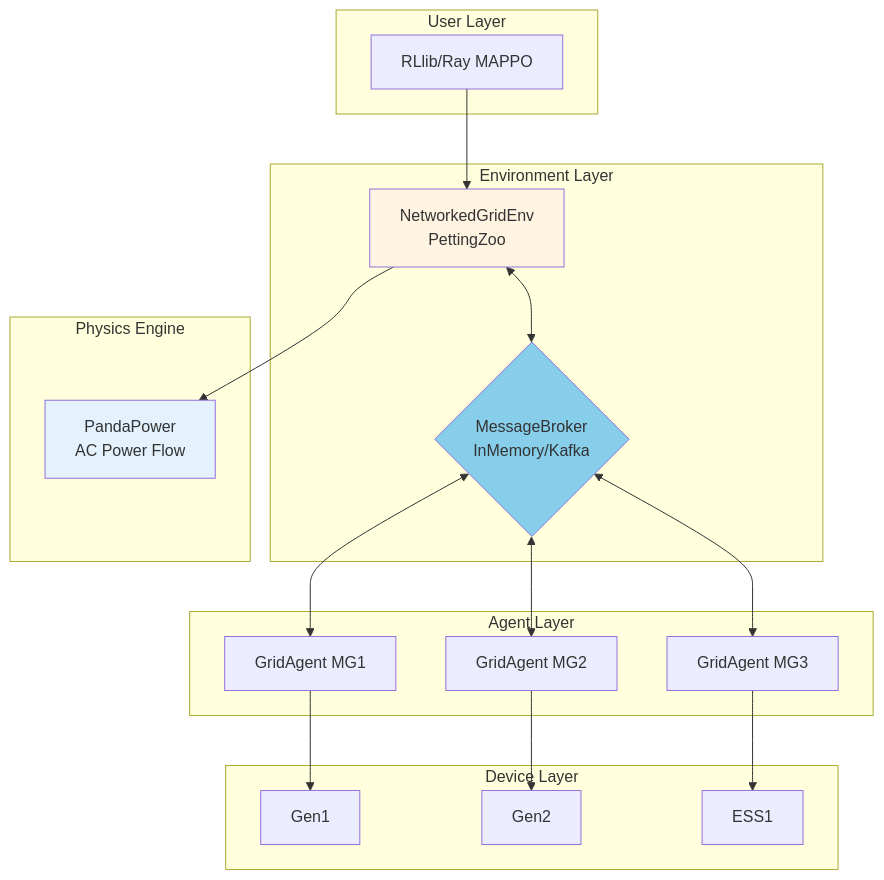
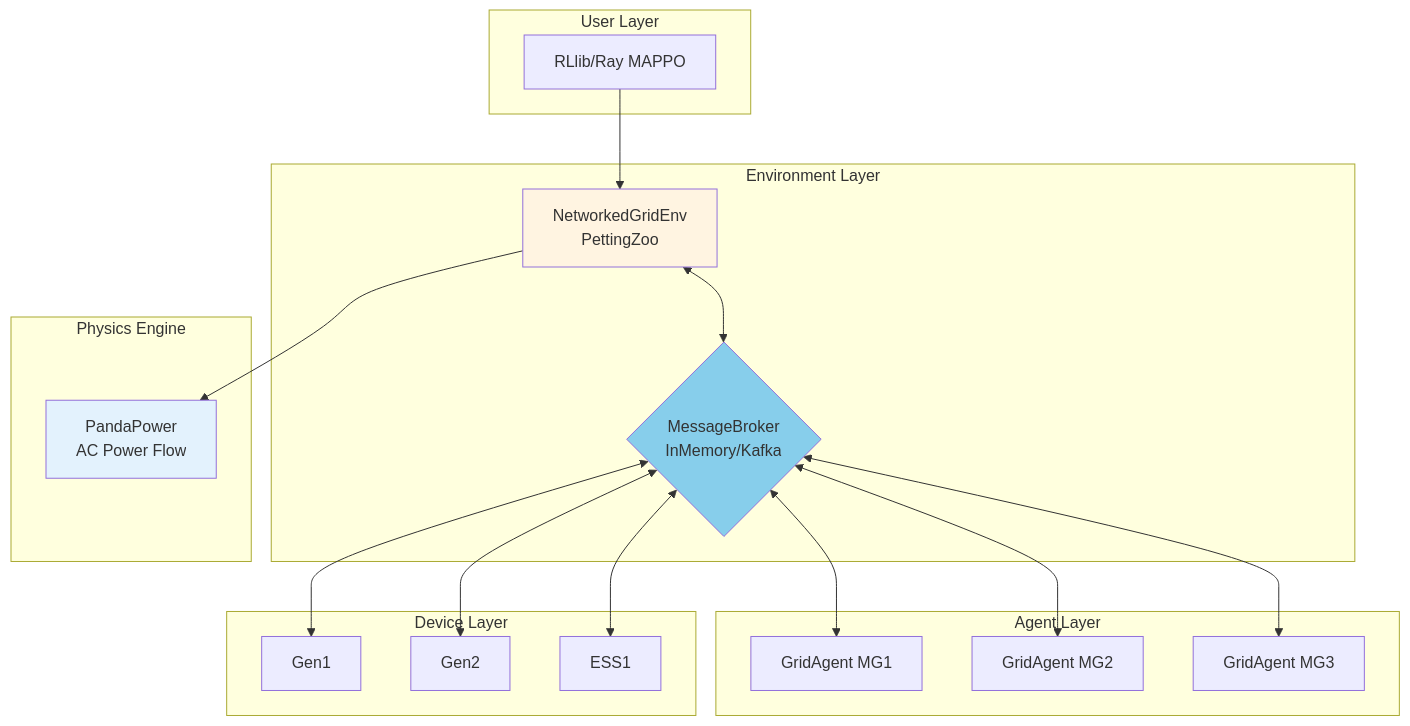
One commit to Criss-Wang/PowerGym changed the second of 3 diagrams in docs/LAB_PRESENTATION.md. Above: the diagram before and after it, drawn with Mermaid. The commit also changed other lines of this file, not shown here.

Commit message:
Update diagram

````diff
--- a/docs/LAB_PRESENTATION.md
+++ b/docs/LAB_PRESENTATION.md
@@ -95,41 +95,41 @@
 ```mermaid
 graph TB
     subgraph "User Layer"
         RLlib[RLlib/Ray MAPPO]
     end
 
     subgraph "Environment Layer"
         Env[NetworkedGridEnv<br/>PettingZoo]
         Broker{MessageBroker<br/>InMemory/Kafka}
     end
 
     subgraph "Agent Layer"
         GA1[GridAgent MG1]
         GA2[GridAgent MG2]
         GA3[GridAgent MG3]
     end
 
     subgraph "Device Layer"
         D1[Gen1]
         D2[Gen2]
         D3[ESS1]
     end
 
     subgraph "Physics Engine"
         PP[PandaPower<br/>AC Power Flow]
     end
 
     RLlib --> Env
     Env <--> Broker
     Broker <--> GA1
     Broker <--> GA2
     Broker <--> GA3
-    GA1 --> D1
-    GA2 --> D2
-    GA3 --> D3
+    Broker <--> D1
+    Broker <--> D2
+    Broker <--> D3
     Env --> PP
 
     style Broker fill:#87ceeb
     style Env fill:#fff4e1
     style PP fill:#e3f2fd
 ```
````
